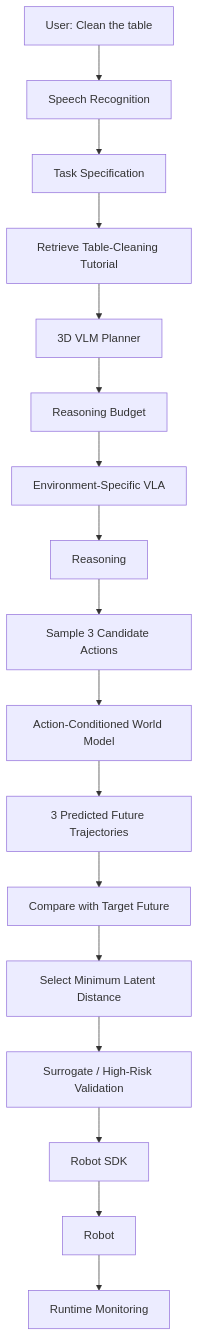
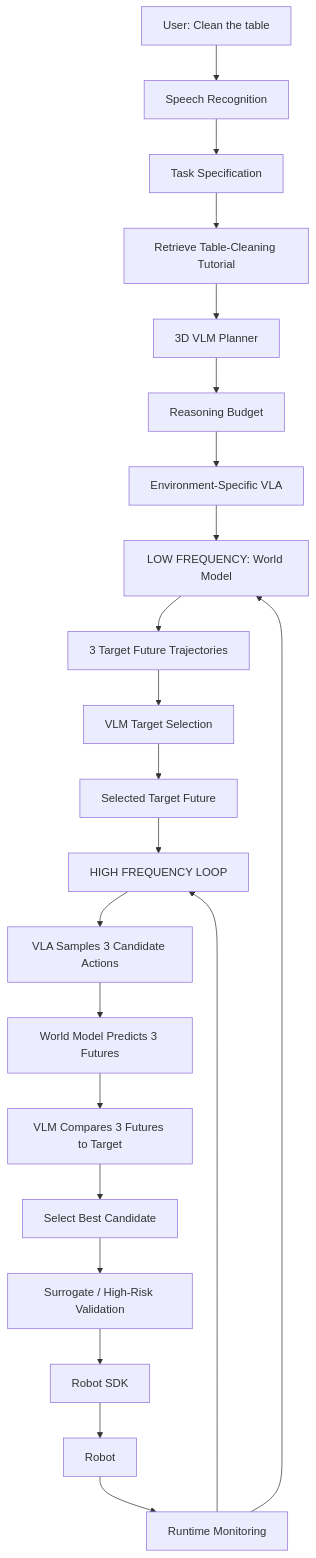
One commit to Freelunch-AI/freelunch-ide changed diagram 12 of 13 in docs/specs/post-demo/lunch_robotics.md. Above: the diagram before and after it, drawn with Mermaid. The commit also changed other lines of this file, not shown here.

````diff
--- a/docs/specs/post-demo/lunch_robotics.md
+++ b/docs/specs/post-demo/lunch_robotics.md
@@ -2012,32 +2023,43 @@
 ```mermaid
 flowchart TD
     A["User: Clean the table"]
     --> B["Speech Recognition"]
 
     B --> C["Task Specification"]
     C --> D["Retrieve Table-Cleaning Tutorial"]
 
     D --> E["3D VLM Planner"]
     E --> F["Reasoning Budget"]
 
     F --> G["Environment-Specific VLA"]
 
-    G --> H["Reasoning"]
+    G --> H["LOW FREQUENCY: World Model"]
 
-    H --> I["Sample 3 Candidate Actions"]
+    H --> I["3 Target Future Trajectories"]
 
-    I --> J["Action-Conditioned World Model"]
+    I --> J["VLM Target Selection"]
 
-    J --> K["3 Predicted Future Trajectories"]
+    J --> K["Selected Target Future"]
 
-    K --> L["Compare with Target Future"]
+    K --> L["HIGH FREQUENCY LOOP"]
 
-    L --> M["Select Minimum Latent Distance"]
+    L --> M["VLA Samples 3 Candidate Actions"]
 
-    M --> N["Surrogate / High-Risk Validation"]
+    M --> N["World Model Predicts 3 Futures"]
 
-    N --> O["Robot SDK"]
-    O --> P["Robot"]
+    N --> O["VLM Compares 3 Futures to Target"]
 
-    P --> Q["Runtime Monitoring"]
+    O --> P["Select Best Candidate"]
+
+    P --> Q["Surrogate / High-Risk Validation"]
+
+    Q --> R["Robot SDK"]
+
+    R --> S["Robot"]
+
+    S --> T["Runtime Monitoring"]
+
+    T --> L
+
+    T --> H
 ```
````
